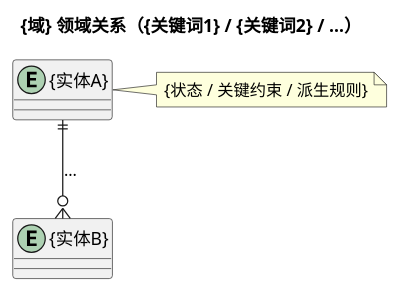
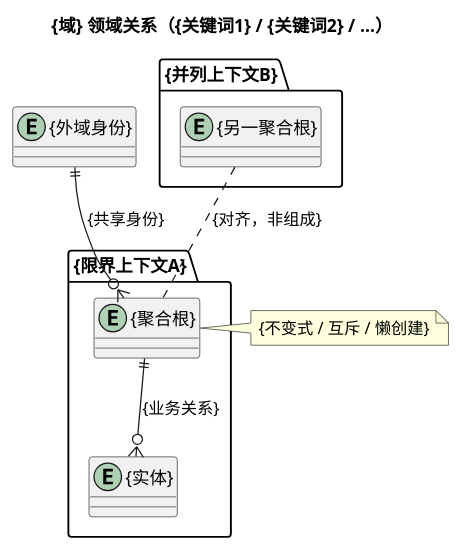
The first of 2 diagrams in skills/grill-er/templates.md (liz-ai-jiahe/lz-skills), drawn with PlantUML before and after one commit. The commit also changed other lines of this file and 2 other files, not shown here.

````diff
--- a/skills/grill-er/templates.md
+++ b/skills/grill-er/templates.md
@@ -9,18 +9,28 @@
 ```plantuml
 @startuml
 title {域} 领域关系（{关键词1} / {关键词2} / …）
 
 ' 已定：{短码} {一句话} | {短码} {一句话}
 ' 字段细节见：{域简称}-字段细节.puml
 
-entity "{实体A}" as A
-entity "{实体B}" as B
+package "{限界上下文A}" {
+  entity "{聚合根}" as Root
+  entity "{实体}" as E
+}
 
-A ||--o{ B : …
+package "{并列上下文B}" {
+  entity "{另一聚合根}" as Other
+}
 
-note right of A
-  {状态 / 关键约束 / 派生规则}
+entity "{外域身份}" as Ext
+
+Root ||--o{ E : {业务关系}
+Ext ||--o{ Root : {共享身份}
+Other .. Root : {对齐，非组成}
+
+note right of Root
+  {不变式 / 互斥 / 懒创建}
 end note
 
 @enduml
 ```
````
